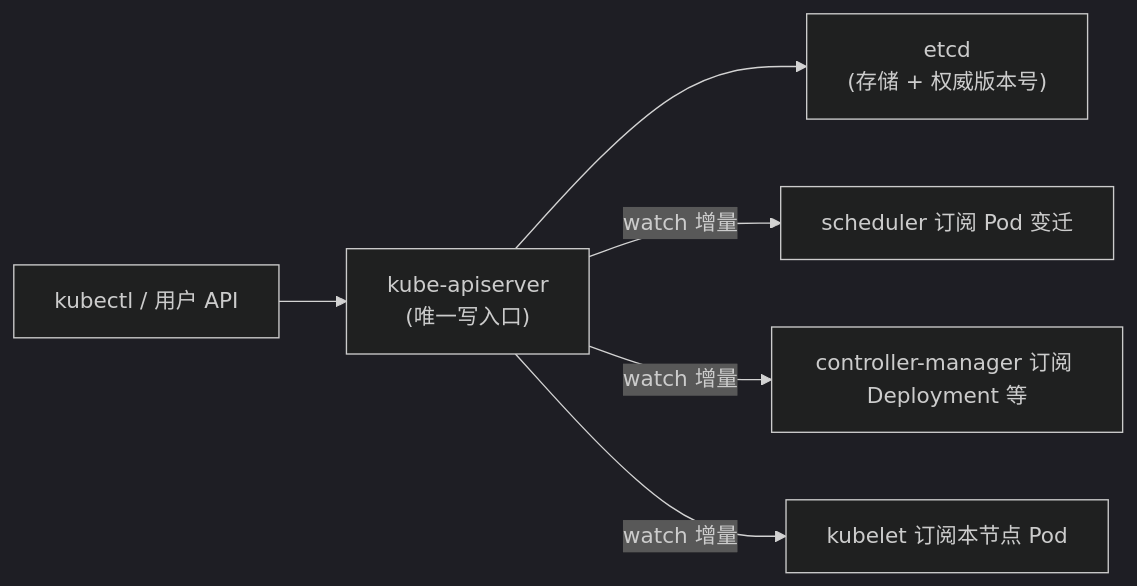
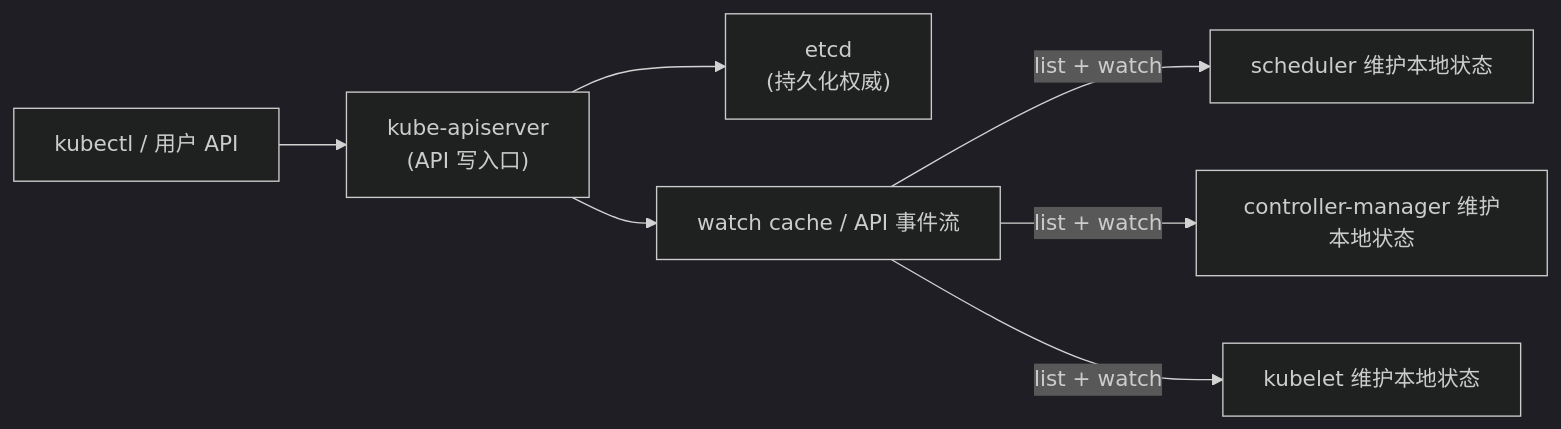
The first of 3 diagrams in content/posts/k8s-controller-watch-etcd.md (MoreConsequence/MoreConsequence.github.io), drawn with Mermaid (dark theme) before and after one commit. The commit also changed other lines of this file and 263 other files, not shown here.

````diff
--- a/content/posts/k8s-controller-watch-etcd.md
+++ b/content/posts/k8s-controller-watch-etcd.md
@@ -18,8 +18,9 @@
 ```mermaid
 flowchart LR
-    U["kubectl / 用户 API"] --> A["kube-apiserver<br/>(唯一写入口)"]
-    A --> E["etcd<br/>(存储 + 权威版本号)"]
-    A -->|"watch 增量"| S["scheduler 订阅 Pod 变迁"]
-    A -->|"watch 增量"| C["controller-manager 订阅 Deployment 等"]
-    A -->|"watch 增量"| K["kubelet 订阅本节点 Pod"]
+    U["kubectl / 用户 API"] --> A["kube-apiserver<br/>(API 写入口)"]
+    A --> E["etcd<br/>(持久化权威)"]
+    A --> W["watch cache / API 事件流"]
+    W -->|"list + watch"| S["scheduler 维护本地状态"]
+    W -->|"list + watch"| C["controller-manager 维护本地状态"]
+    W -->|"list + watch"| K["kubelet 维护本地状态"]
 ```
````
